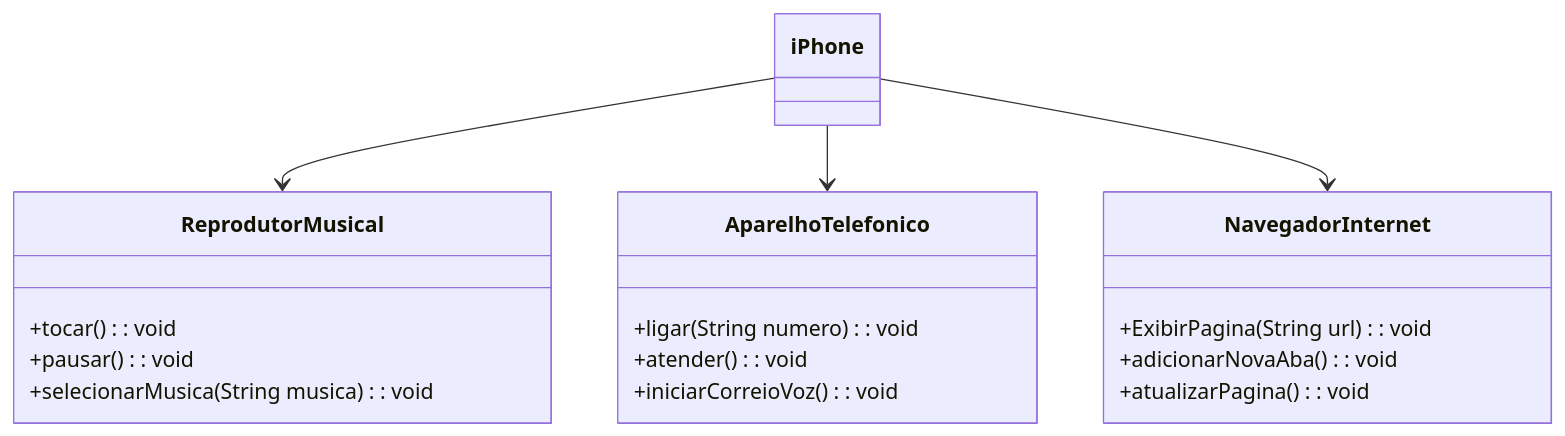
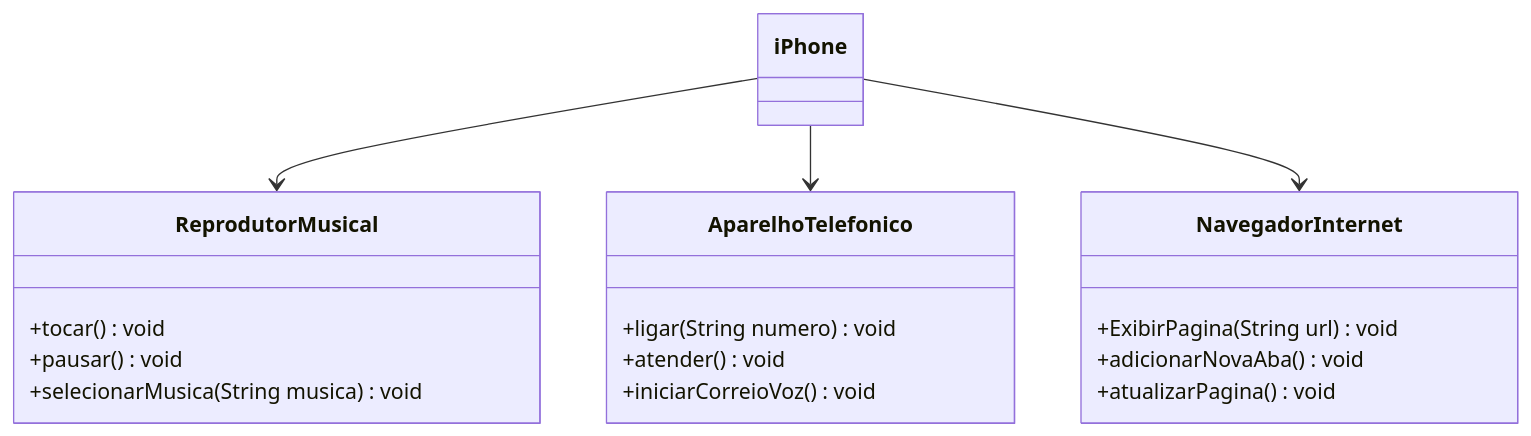
One commit to PedroSmaxY/trilha-java-basico changed the diagram in bin/desafios/poo/README.md. Above: the diagram before and after it, drawn with Mermaid. The commit also changed 1 other file, not shown here.

Commit message:
feat: Adicionar diagrama de classes no diretório de desafios de POO

````diff
--- a/bin/desafios/poo/README.md
+++ b/bin/desafios/poo/README.md
@@ -1,27 +1,27 @@
 ```mermaid
 classDiagram
     class ReprodutorMusical {
-        +tocar(): void
-        +pausar(): void
-        +selecionarMusica(String musica): void
+        +tocar() void
+        +pausar() void
+        +selecionarMusica(String musica) void
     }
 
     class AparelhoTelefonico {
-        +ligar(String numero): void
-        +atender(): void
-        +iniciarCorreioVoz(): void
+        +ligar(String numero) void
+        +atender() void
+        +iniciarCorreioVoz() void
     }
 
     class NavegadorInternet {
-        +ExibirPagina(String url): void
-        +adicionarNovaAba(): void
-        +atualizarPagina(): void
+        +ExibirPagina(String url) void
+        +adicionarNovaAba() void
+        +atualizarPagina() void
     }
 
     class iPhone {
     }
 
     iPhone --> ReprodutorMusical
     iPhone --> AparelhoTelefonico
     iPhone --> NavegadorInternet
 ```
````
